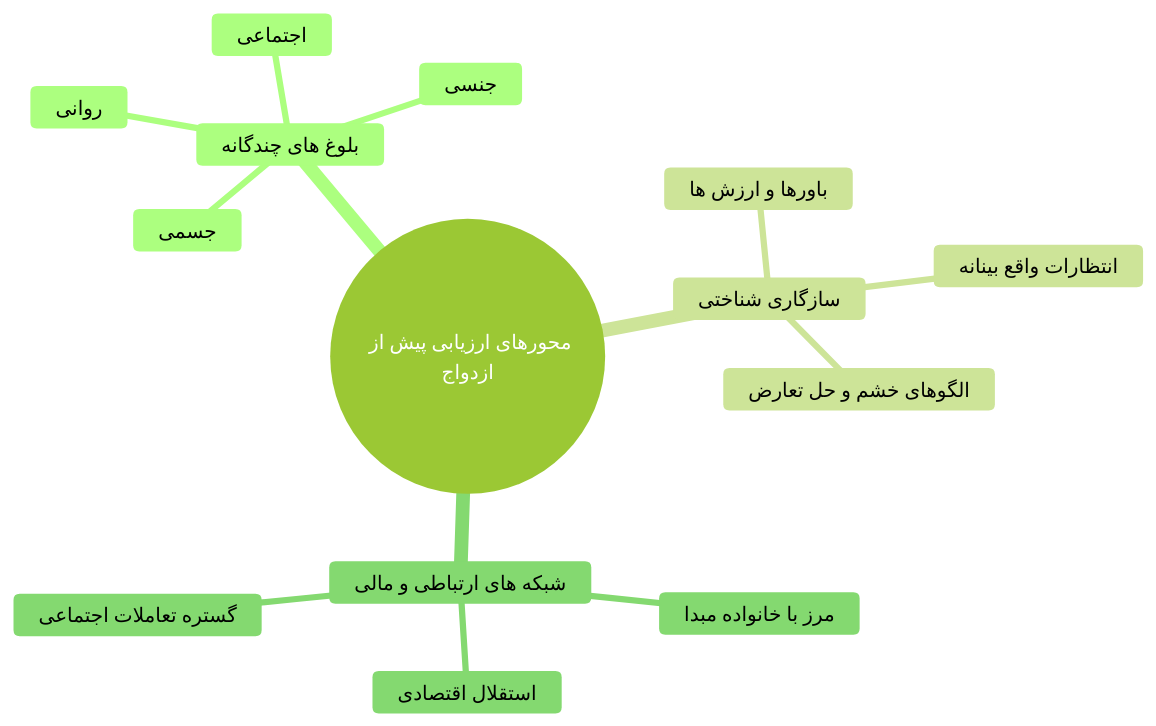
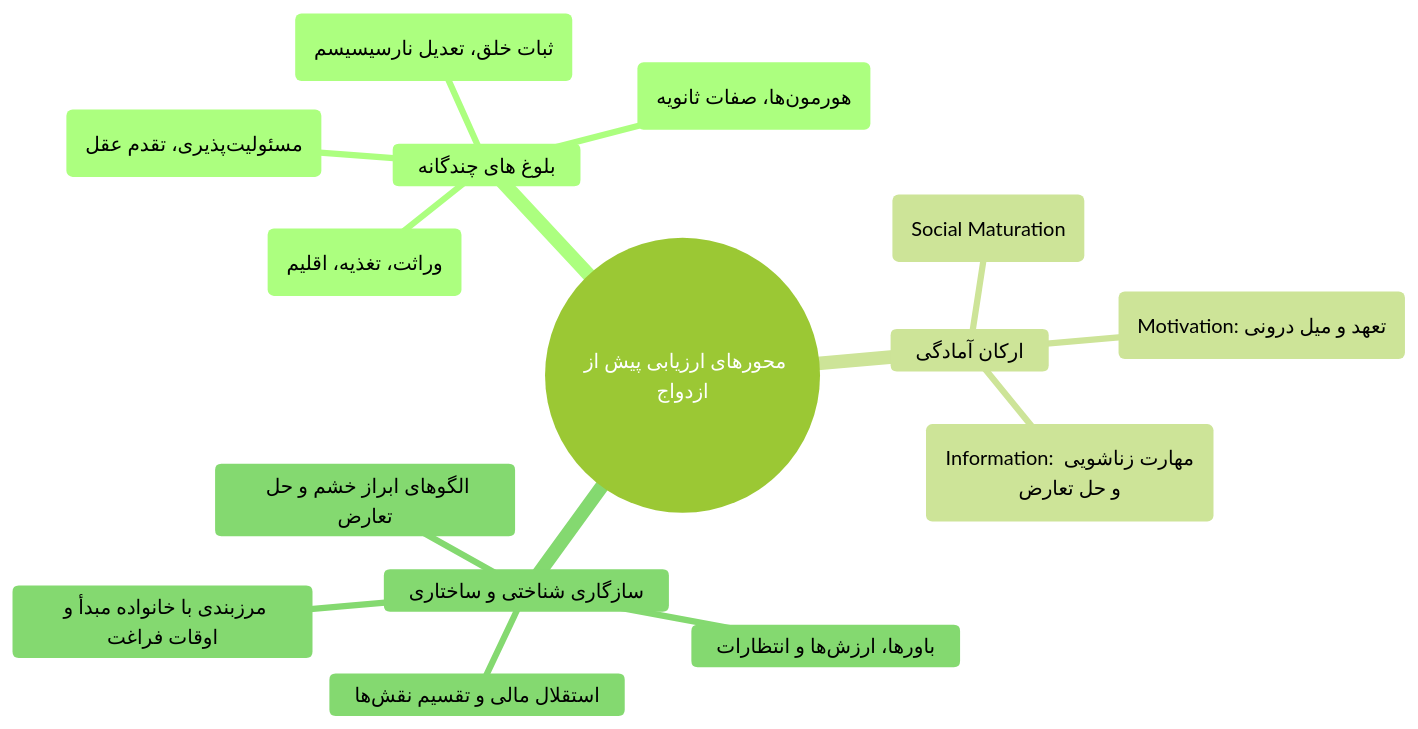
One commit to neopulse-hub/-TUMS-1402-2-material-notes- changed the third of 9 diagrams in 05/بهداشت خانواده/خلاصه/01-05.md. Above: the diagram before and after it, drawn with Mermaid (forest theme). The commit also changed other lines of this file, not shown here.

````diff
--- a/05/بهداشت خانواده/خلاصه/01-05.md
+++ b/05/بهداشت خانواده/خلاصه/01-05.md
@@ -117,17 +117,18 @@
 ```mermaid
 mindmap
   root((محورهای ارزیابی پیش از ازدواج))
     بلوغ های چندگانه
-      جسمی
-      جنسی
-      روانی
-      اجتماعی
-    سازگاری شناختی
-      باورها و ارزش ها
-      انتظارات واقع بینانه
-      الگوهای خشم و حل تعارض
-    شبکه های ارتباطی و مالی
-      استقلال اقتصادی
-      مرز با خانواده مبدا
-      گستره تعاملات اجتماعی
+      جسمی (وراثت، تغذیه، اقلیم)
+      جنسی (هورمون‌ها، صفات ثانویه)
+      روانی (ثبات خلق، تعدیل نارسیسیسم)
+      اجتماعی (مسئولیت‌پذیری، تقدم عقل)
+    ارکان آمادگی
+      بلوغ اجتماعی (Social Maturation)
+      انگیزش (Motivation: تعهد و میل درونی)
+      اطلاعات (Information: مهارت زناشویی و حل تعارض)
+    سازگاری شناختی و ساختاری
+      باورها، ارزش‌ها و انتظارات
+      الگوهای ابراز خشم و حل تعارض
+      استقلال مالی و تقسیم نقش‌ها
+      مرزبندی با خانواده مبدأ و اوقات فراغت
 ```
````
